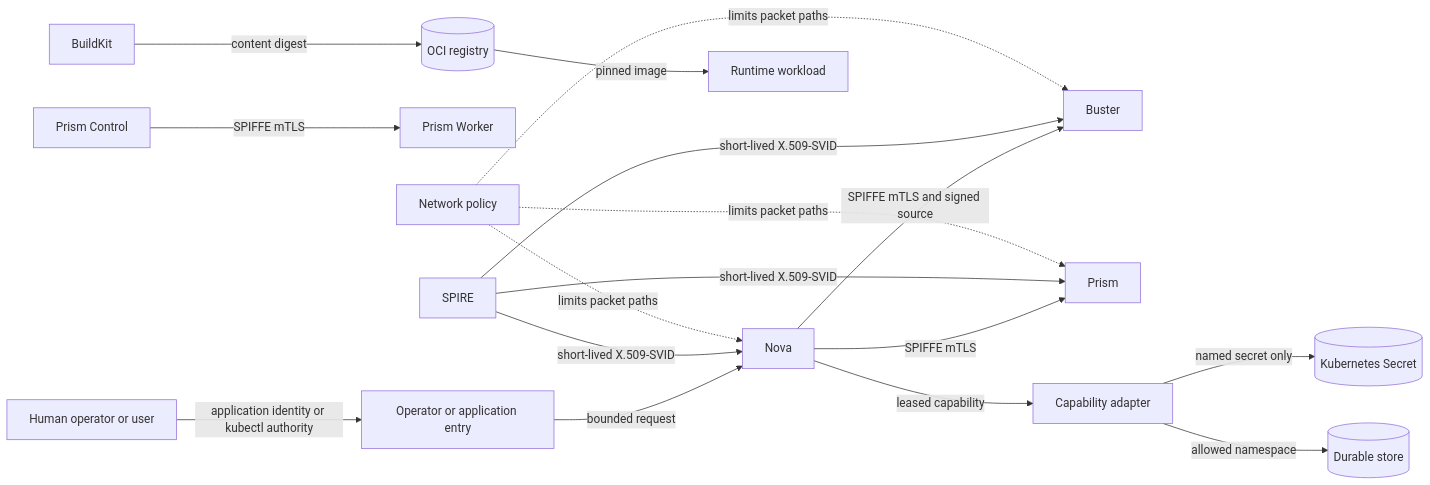
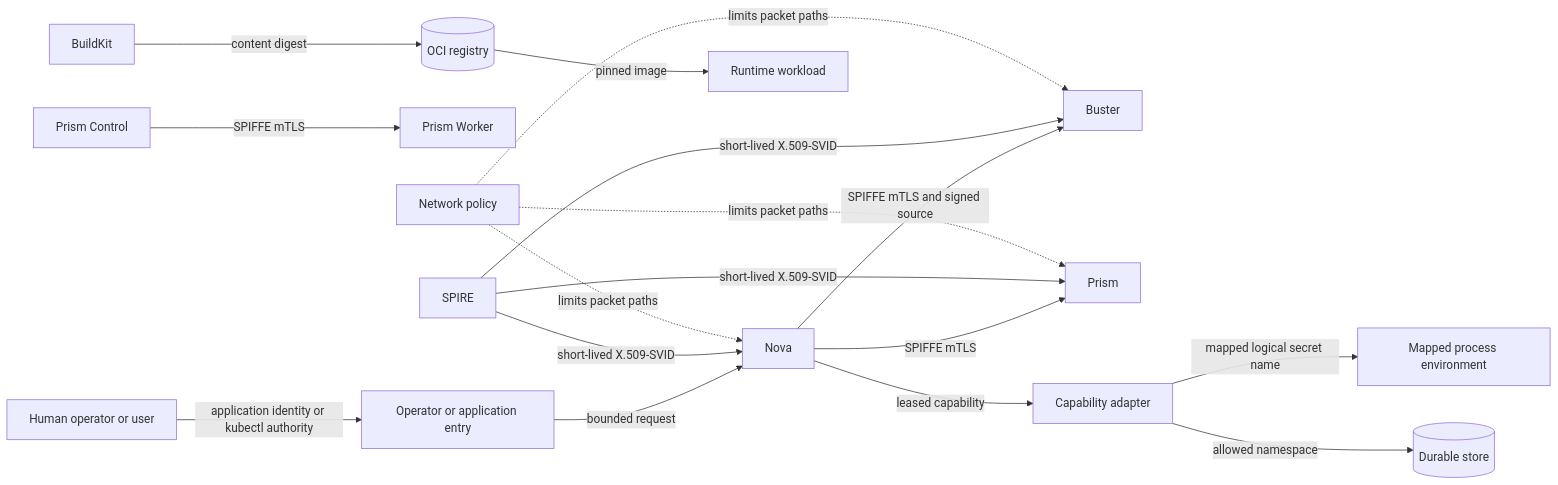
Before and after one commit to datrab/kubeclaw: the diagram in docs/site/understand/security-and-trust.md, drawn with Mermaid. The commit also changed other lines of this file and 5 other files, not shown here.

Commit message:
docs: correct four diagram configuration and authority boundaries

````diff
--- a/docs/site/understand/security-and-trust.md
+++ b/docs/site/understand/security-and-trust.md
@@ -69,19 +69,19 @@
 ```mermaid
 flowchart LR
     Human[Human operator or user] -->|application identity or kubectl authority| Entry[Operator or application entry]
     Entry -->|bounded request| Nova[Nova]
     Nova -->|SPIFFE mTLS and signed source| Buster[Buster]
     Nova -->|SPIFFE mTLS| Prism[Prism]
     Control[Prism Control] -->|SPIFFE mTLS| Worker[Prism Worker]
     Nova -->|leased capability| Adapter[Capability adapter]
-    Adapter -->|named secret only| Secret[(Kubernetes Secret)]
+    Adapter -->|mapped logical secret name| Secret[Mapped process environment]
     Adapter -->|allowed namespace| Store[(Durable store)]
     Build[BuildKit] -->|content digest| Registry[(OCI registry)]
     Registry -->|pinned image| Workload[Runtime workload]
     SPIRE[SPIRE] -->|short-lived X.509-SVID| Nova
     SPIRE -->|short-lived X.509-SVID| Buster
     SPIRE -->|short-lived X.509-SVID| Prism
     Policy[Network policy] -. limits packet paths .-> Nova
     Policy -. limits packet paths .-> Buster
     Policy -. limits packet paths .-> Prism
 ```
````
